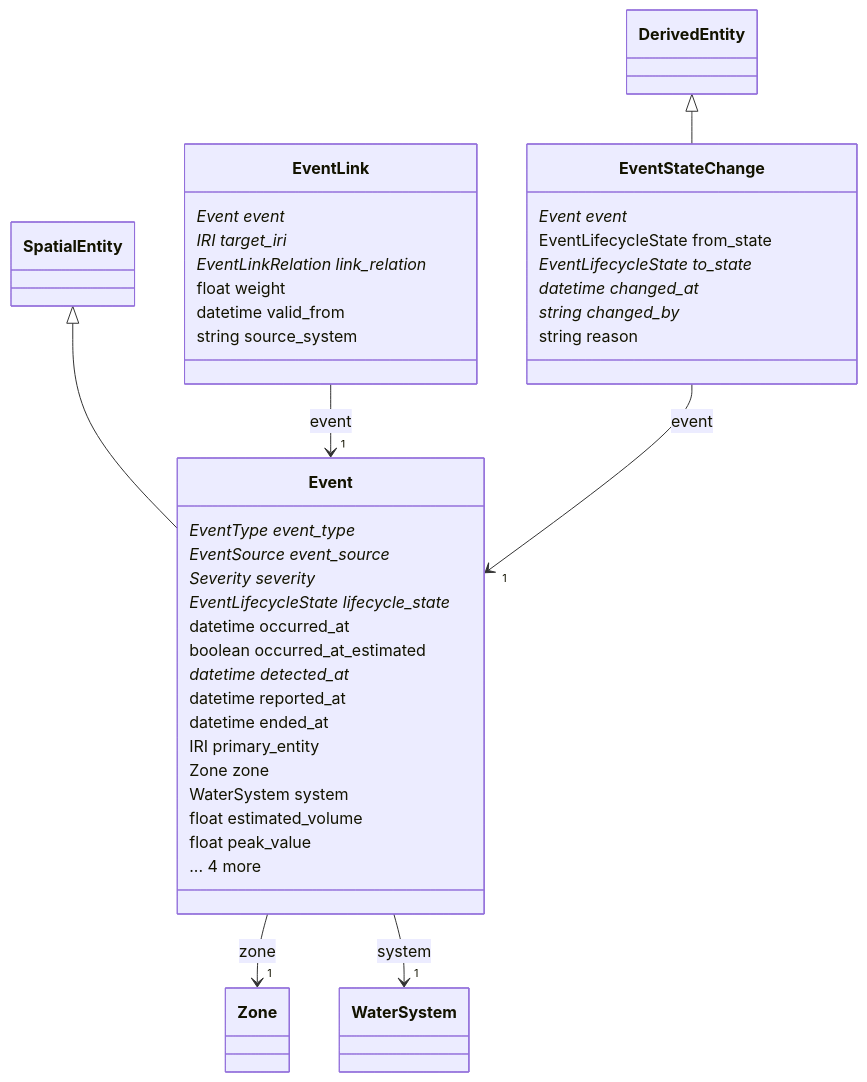
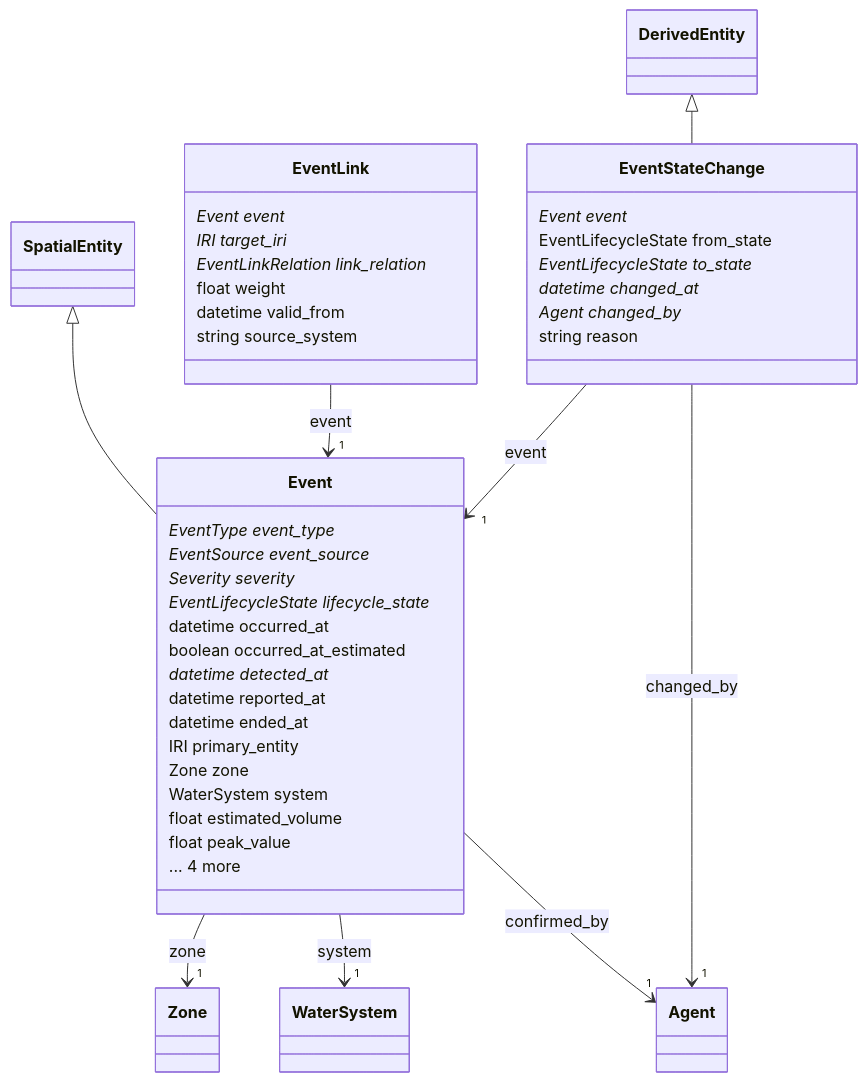
The diagram in docs/diagrams/event.md (HydroCouple/water-ontology), drawn with Mermaid before and after one commit. The commit also changed 21 other files, not shown here.

````diff
--- a/docs/diagrams/event.md
+++ b/docs/diagrams/event.md
@@ -5,42 +5,44 @@
 ```mermaid
 classDiagram
   class Event {
     EventType event_type*
     EventSource event_source*
     Severity severity*
     EventLifecycleState lifecycle_state*
     datetime occurred_at
     boolean occurred_at_estimated
     datetime detected_at*
     datetime reported_at
     datetime ended_at
     IRI primary_entity
     Zone zone
     WaterSystem system
     float estimated_volume
     float peak_value
     ... 4 more
   }
   class EventLink {
     Event event*
     IRI target_iri*
     EventLinkRelation link_relation*
     float weight
     datetime valid_from
     string source_system
   }
   class EventStateChange {
     Event event*
     EventLifecycleState from_state
     EventLifecycleState to_state*
     datetime changed_at*
-    string changed_by*
+    Agent changed_by*
     string reason
   }
   SpatialEntity <|-- Event
   Event --> "1" Zone : zone
   Event --> "1" WaterSystem : system
+  Event --> "1" Agent : confirmed_by
   EventLink --> "1" Event : event
   DerivedEntity <|-- EventStateChange
   EventStateChange --> "1" Event : event
+  EventStateChange --> "1" Agent : changed_by
 ```
````
